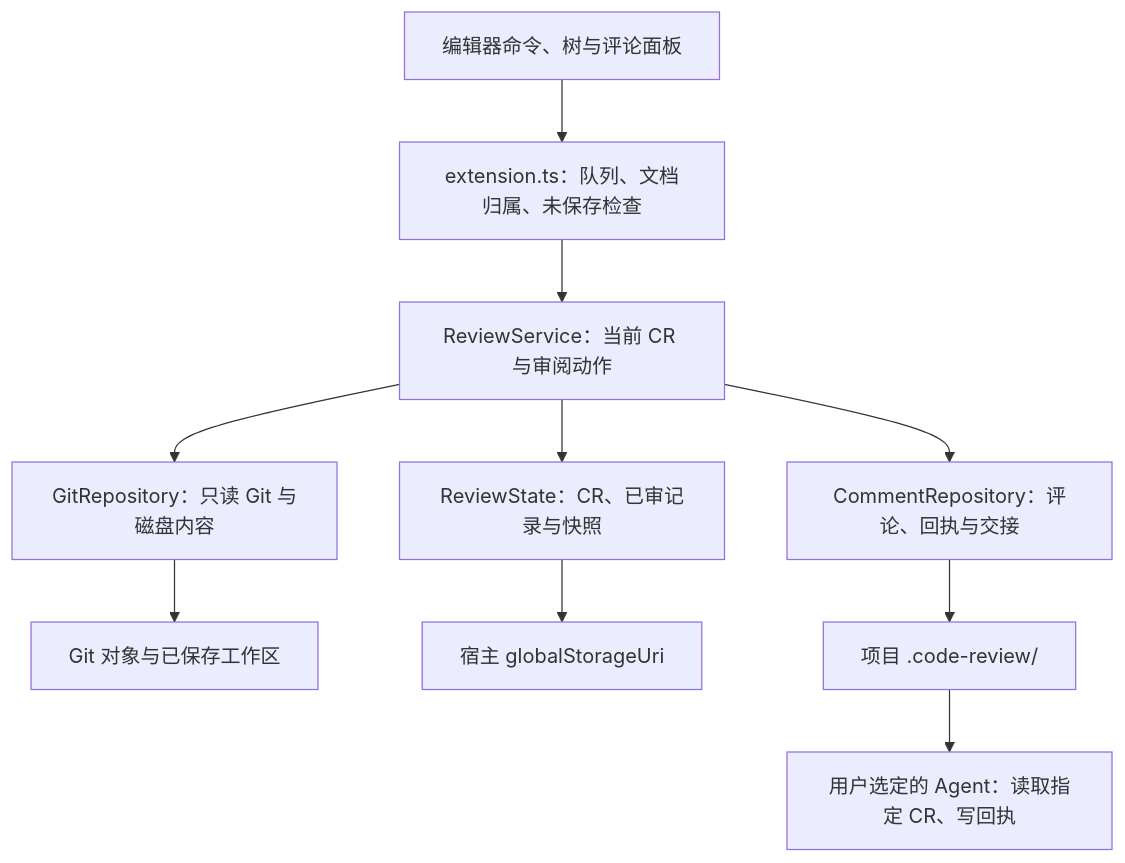
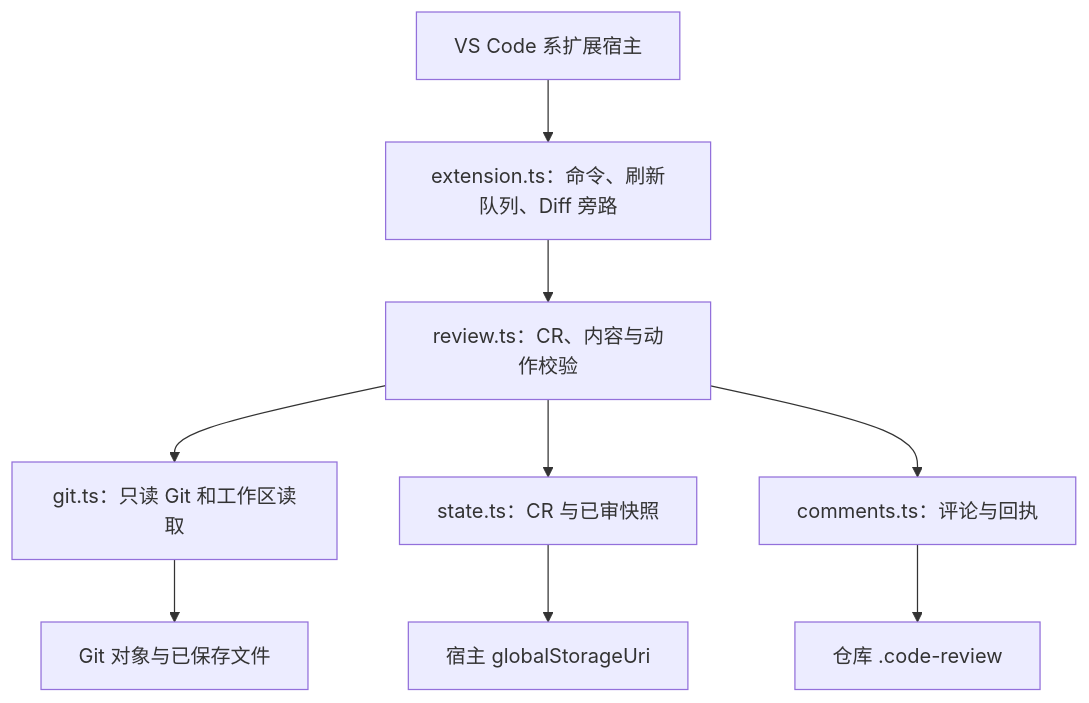
Before and after one commit to To-Re/review-slate: the diagram in docs/客户端/本地审阅引擎.md, drawn with Mermaid. The commit also changed other lines of this file and 30 other files, not shown here.

````diff
--- a/docs/客户端/本地审阅引擎.md
+++ b/docs/客户端/本地审阅引擎.md
@@ -13,12 +7,11 @@
 ```mermaid
 flowchart TB
-    UI[编辑器命令、树与评论面板] --> Adapter[extension.ts：队列、文档归属、未保存检查]
-    Adapter --> Service[ReviewService：当前 CR 与审阅动作]
-    Service --> Git[GitRepository：只读 Git 与磁盘内容]
-    Service --> State[ReviewState：CR、已审记录与快照]
-    Service --> Notes[CommentRepository：评论、回执与交接]
-    Git --> Source[Git 对象与已保存工作区]
+    Host[VS Code 系扩展宿主] --> Extension[extension.ts：命令、刷新队列、Diff 旁路]
+    Extension --> Service[review.ts：CR、内容与动作校验]
+    Service --> Git[git.ts：只读 Git 和工作区读取]
+    Service --> State[state.ts：CR 与已审快照]
+    Service --> Comments[comments.ts：评论与回执]
+    Git --> Repository[Git 对象与已保存文件]
     State --> Storage[宿主 globalStorageUri]
-    Notes --> Project[项目 .code-review/]
-    Project --> Agent[用户选定的 Agent：读取指定 CR、写回执]
+    Comments --> Notes[仓库 .code-review]
 ```
````
